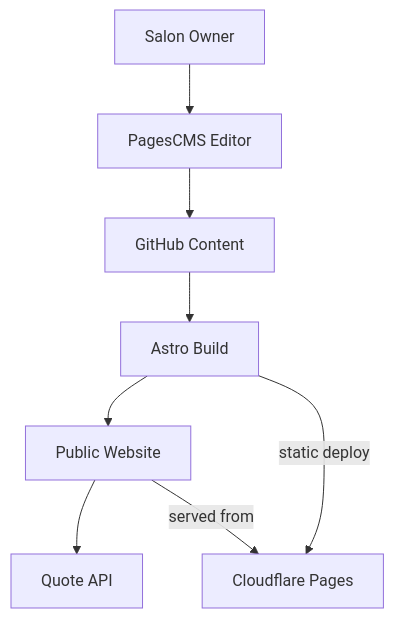
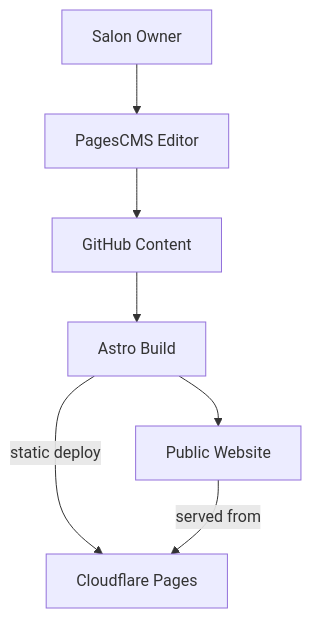
One commit to savvops/vanity-hair-main changed the diagram in docs/blueprint.md. Above: the diagram before and after it, drawn with Mermaid. The commit also changed other lines of this file, not shown here.

Commit message:
docs: fix Blueprint — remove phantom quote API (archived code, not live)

````diff
--- a/docs/blueprint.md
+++ b/docs/blueprint.md
@@ -6,18 +6,16 @@
 ```mermaid
 graph TD
     A["Salon Owner"]
     B["PagesCMS Editor"]
     C["GitHub Content"]
     D["Astro Build"]
     E["Public Website"]
-    F["Quote API"]
     G["Cloudflare Pages"]
 
     A --> B
     B --> C
     C --> D
     D --> E
-    E --> F
     D -- "static deploy" --> G
     E -- "served from" --> G
 ```
````
